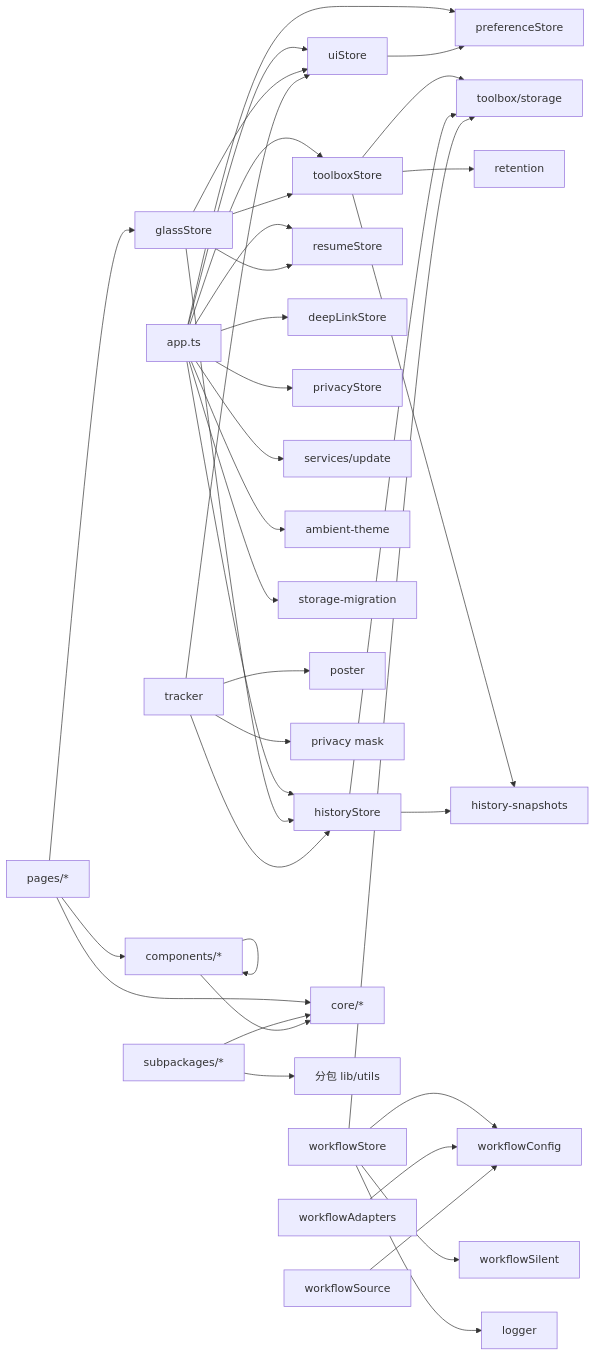
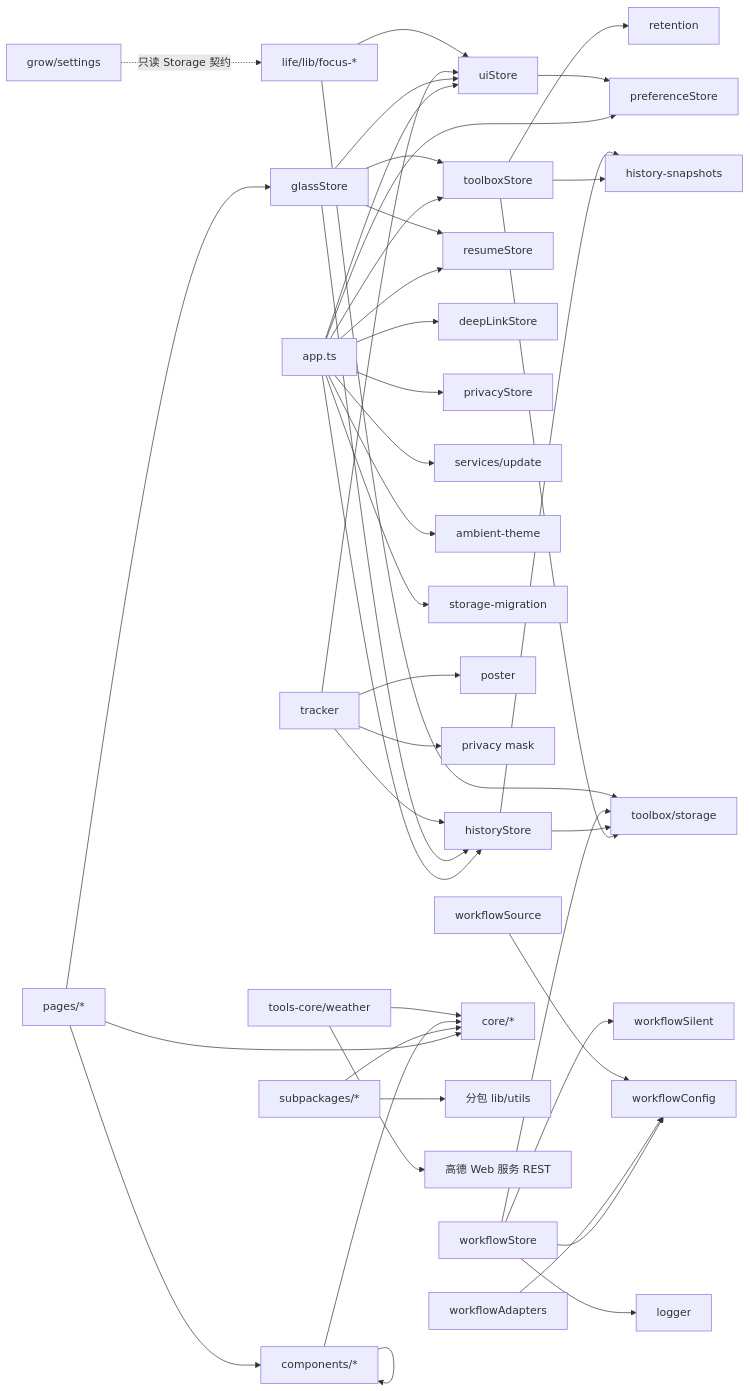
Diagram 14 of 15 in CODE_WIKI.md (kkkh/super-happy), drawn with Mermaid before and after one commit. The commit also changed other lines of this file and 448 other files, not shown here.

````diff
--- a/CODE_WIKI.md
+++ b/CODE_WIKI.md
@@ -2314,45 +3227,51 @@
 ```mermaid
 graph LR
   APP[app.ts] --> PREF[preferenceStore]
   APP --> UI[uiStore]
   APP --> TB[toolboxStore]
   APP --> HIS[historyStore]
   APP --> RES[resumeStore]
   APP --> DEEP[deepLinkStore]
   APP --> PRIV[privacyStore]
   APP --> UPD[services/update]
   APP --> AMB[ambient-theme]
   APP --> MIG[storage-migration]
 
   UI --> PREF
   GLASS[glassStore] --> UI
   GLASS --> TB
   GLASS --> HIS
   GLASS --> RES
 
   TB --> STORAGE[toolbox/storage]
   TB --> RET[retention]
   TB --> HISTSNAP[history-snapshots]
   HIS --> STORAGE
   HIS --> HISTSNAP
 
   TRACK[tracker] --> HIS
   TRACK --> POSTER[poster]
   TRACK --> MASK[privacy mask]
   TRACK --> UI
 
   WF[workflowStore] --> WFCFG[workflowConfig]
   WF --> WFSILENT[workflowSilent]
   WF --> STORAGE
   WF --> LOG[logger]
   WFADAPTER[workflowAdapters] --> WFCFG
   WFSRC[workflowSource] --> WFCFG
 
   PAGES[pages/*] --> GLASS
   PAGES --> COMP[components/*]
   PAGES --> CORE[core/*]
   SUB[subpackages/*] --> CORE
   SUB --> LOCAL[分包 lib/utils]
   COMP --> CORE
   COMP --> COMP
+
+  WEATHER[tools-core/weather] --> CORE
+  WEATHER --> AMAP[高德 Web 服务 REST]
+  FOCUS[life/lib/focus-*] --> STORAGE
+  FOCUS --> UI
+  SETTINGS[grow/settings] -.只读 Storage 契约.-> FOCUS
 ```
````
